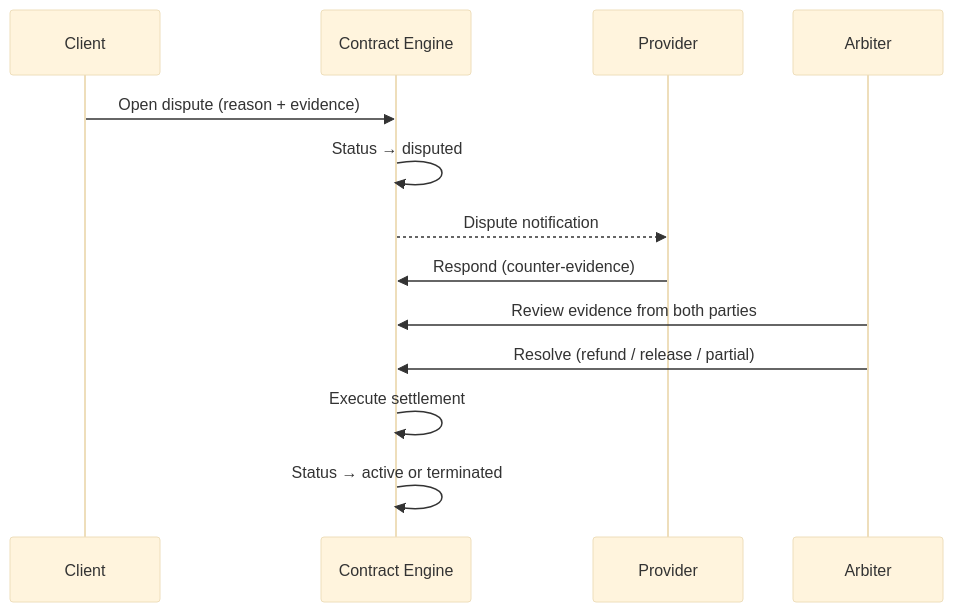
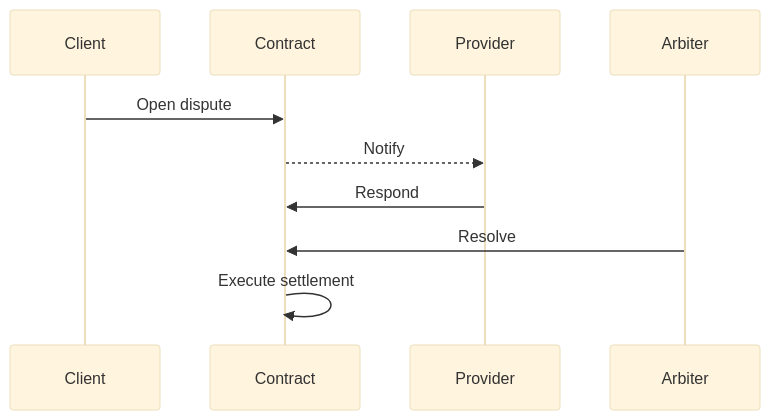
The third of 3 diagrams in packages/docs/content/docs/getting-started/core-concepts/service-contracts.md (claw-network/clawnet), drawn with Mermaid (base theme) before and after one commit. The commit also changed other lines of this file and 14 other files, not shown here.

First line of the commit message:
Refactor diagrams and improve clarity in DAO, Identity, Markets, Reputation, Service Contracts, and Wallet documentation

````diff
--- a/packages/docs/content/docs/getting-started/core-concepts/service-contracts.md
+++ b/packages/docs/content/docs/getting-started/core-concepts/service-contracts.md
@@ -110,16 +110,13 @@
 ```mermaid
 sequenceDiagram
-    participant Client
-    participant Contract as Contract Engine
-    participant Provider
-    participant Arbiter
+    participant C as Client
+    participant E as Contract
+    participant P as Provider
+    participant A as Arbiter
 
-    Client->>Contract: Open dispute (reason + evidence)
-    Contract->>Contract: Status → disputed
-    Contract-->>Provider: Dispute notification
-    Provider->>Contract: Respond (counter-evidence)
-    Arbiter->>Contract: Review evidence from both parties
-    Arbiter->>Contract: Resolve (refund / release / partial)
-    Contract->>Contract: Execute settlement
-    Contract->>Contract: Status → active or terminated
+    C->>E: Open dispute
+    E-->>P: Notify
+    P->>E: Respond
+    A->>E: Resolve
+    E->>E: Execute settlement
 ```
````
